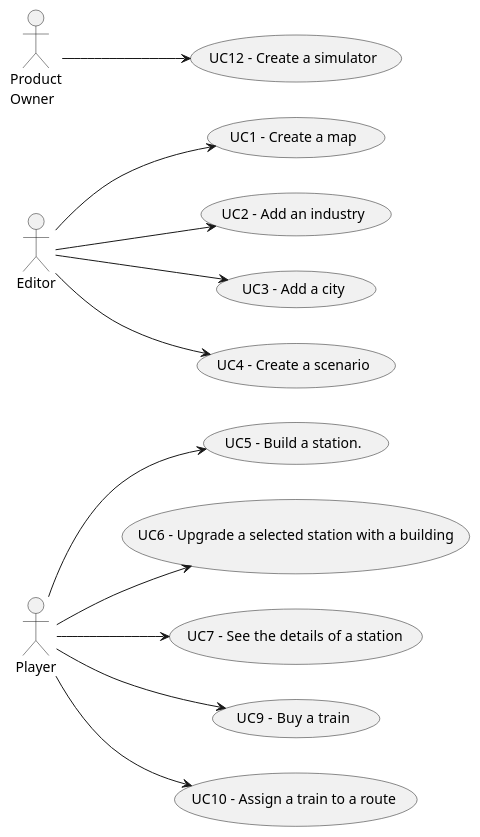
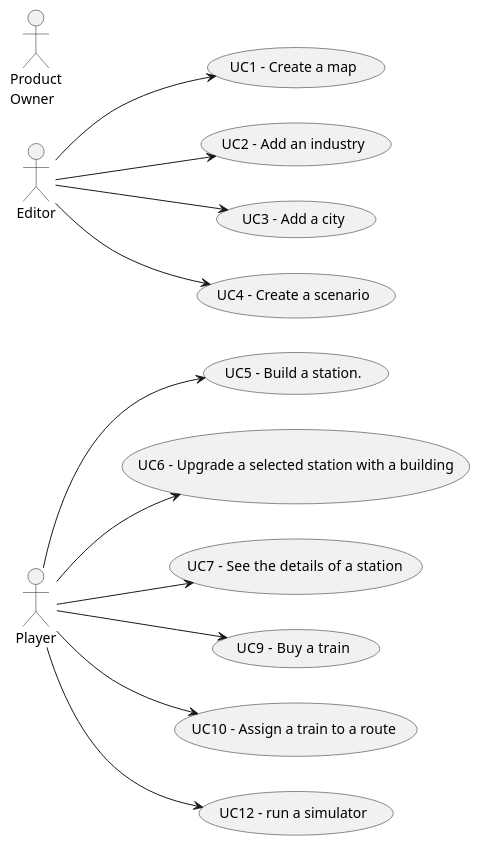
Before and after one commit to bruno-monteiro5/sem2-pi-24.25-g132-repo: the diagram in docs/system-documentation/global-artifacts/01.requirements-engineering/puml/UCD.puml, drawn with PlantUML. The commit also changed 13 other files, not shown here.

Commit message:
-US004, US009 and US012 requirements and analysis finished -USD UC12 updated to player instead of product owner

```diff
--- a/docs/system-documentation/global-artifacts/01.requirements-engineering/puml/UCD.puml
+++ b/docs/system-documentation/global-artifacts/01.requirements-engineering/puml/UCD.puml
@@ -1,52 +1,52 @@
 @startuml
 'skinparam monochrome true
 skinparam packageStyle rectangle
 'skinparam shadowing false
 
 
 'title Use Case Diagram Example
 
 left to right direction
 
 'rectangle "System Actors" as actors {
     actor "Player" as Player
     actor "Editor" as Editor
     actor "Product\nOwner" as Owner
 '}
 
 'rectangle "Use Cases" as usecases{
     usecase "UC1 - Create a map" as UC1
     Editor --> UC1
 
     usecase "UC2 - Add an industry" as UC2
     Editor --> UC2
 
     usecase "UC3 - Add a city" as UC3
     Editor --> UC3
 
     usecase "UC4 - Create a scenario" as UC4
     Editor --> UC4
 
     usecase "UC5 - Build a station." as UC5
     Player --> UC5
 
     usecase "UC6 - Upgrade a selected station with a building" as UC6
     Player --> UC6
 
     usecase "UC7 -  See the details of a station" as UC7
     Player --> UC7
 
     usecase "UC9 -  Buy a train" as UC9
     Player --> UC9
 
     usecase "UC10 - Assign a train to a route" as UC10
     Player --> UC10
 
-    usecase "UC12 - Create a simulator" as UC12
-    Owner --> UC12
 
+    usecase "UC12 - run a simulator" as UC12
+    "Player" --> UC12
 
 '}
 
 
 @enduml
```
